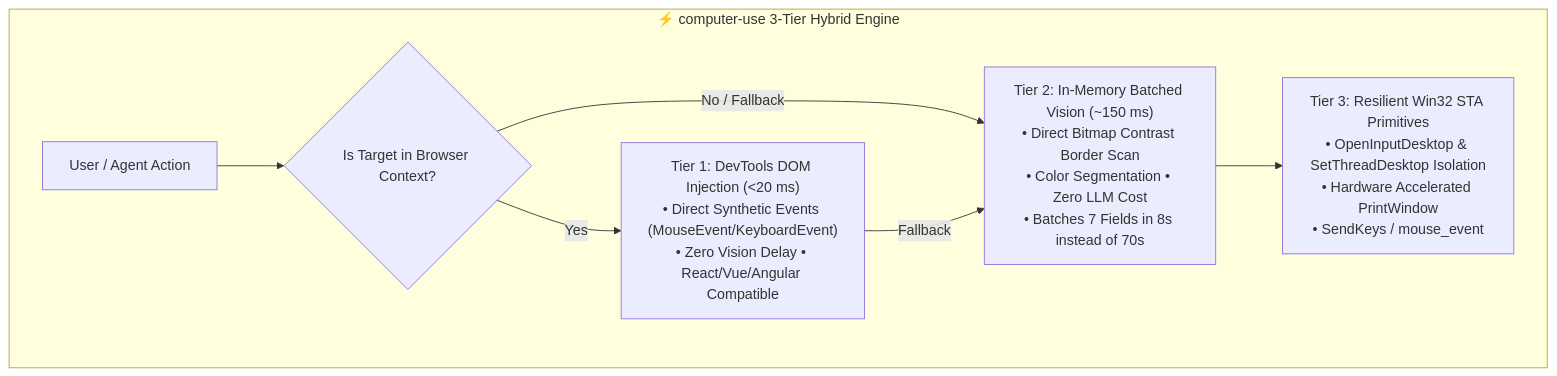
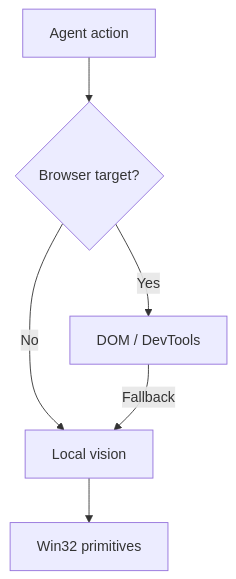
One commit to Silverhorse7/computer-use changed the diagram in README.md. Above: the diagram before and after it, drawn with Mermaid. The commit also changed other lines of this file, not shown here.

````diff
--- a/README.md
+++ b/README.md
@@ -40,13 +36,10 @@
 ```mermaid
 flowchart TD
-    subgraph Hybrid_Architecture["⚡ computer-use 3-Tier Hybrid Engine"]
-        Task["User / Agent Action"] --> Decide{"Is Target in Browser Context?"}
-        
-        Decide -- Yes --> Tier1["Tier 1: DevTools DOM Injection (<20 ms)\n• Direct Synthetic Events (MouseEvent/KeyboardEvent)\n• Zero Vision Delay • React/Vue/Angular Compatible"]
-        
-        Decide -- No / Fallback --> Tier2["Tier 2: In-Memory Batched Vision (~150 ms)\n• Direct Bitmap Contrast Border Scan\n• Color Segmentation • Zero LLM Cost\n• Batches 7 Fields in 8s instead of 70s"]
-        
-        Tier1 -- Fallback --> Tier2
-        Tier2 --> Tier3["Tier 3: Resilient Win32 STA Primitives\n• OpenInputDesktop & SetThreadDesktop Isolation\n• Hardware Accelerated PrintWindow\n• SendKeys / mouse_event"]
-    end
+    Task["Agent action"] --> Browser{"Browser target?"}
+
+    Browser -- Yes --> DOM["DOM / DevTools"]
+    Browser -- No --> Vision["Local vision"]
+
+    DOM -- Fallback --> Vision
+    Vision --> Win32["Win32 primitives"]
 ```
````
